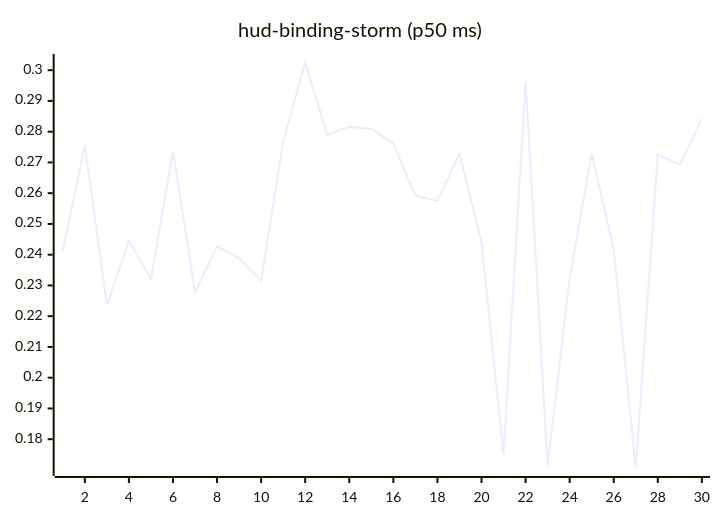
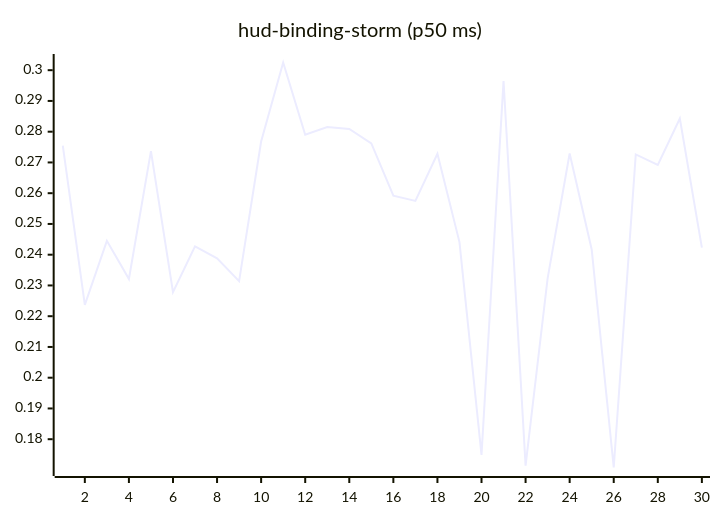
Before and after one commit to josha/Facet: the tenth of 27 diagrams in README.md, drawn with Mermaid. The commit also changed other lines of this file and 2 other files, not shown here.

````diff
--- a/README.md
+++ b/README.md
@@ -126,6 +126,6 @@
 ```mermaid
 xychart-beta
     title "hud-binding-storm (p50 ms)"
     x-axis 1 --> 30
-    line [0.2414, 0.2755, 0.2237, 0.2445, 0.2321, 0.2737, 0.2278, 0.2427, 0.2388, 0.2314, 0.2768, 0.3025, 0.2790, 0.2815, 0.2809, 0.2762, 0.2592, 0.2575, 0.2728, 0.2441, 0.1749, 0.2965, 0.1714, 0.2323, 0.2729, 0.2417, 0.1708, 0.2726, 0.2692, 0.2843]
+    line [0.2755, 0.2237, 0.2445, 0.2321, 0.2737, 0.2278, 0.2427, 0.2388, 0.2314, 0.2768, 0.3025, 0.2790, 0.2815, 0.2809, 0.2762, 0.2592, 0.2575, 0.2728, 0.2441, 0.1749, 0.2965, 0.1714, 0.2323, 0.2729, 0.2417, 0.1708, 0.2726, 0.2692, 0.2843, 0.2423]
 ```
````
